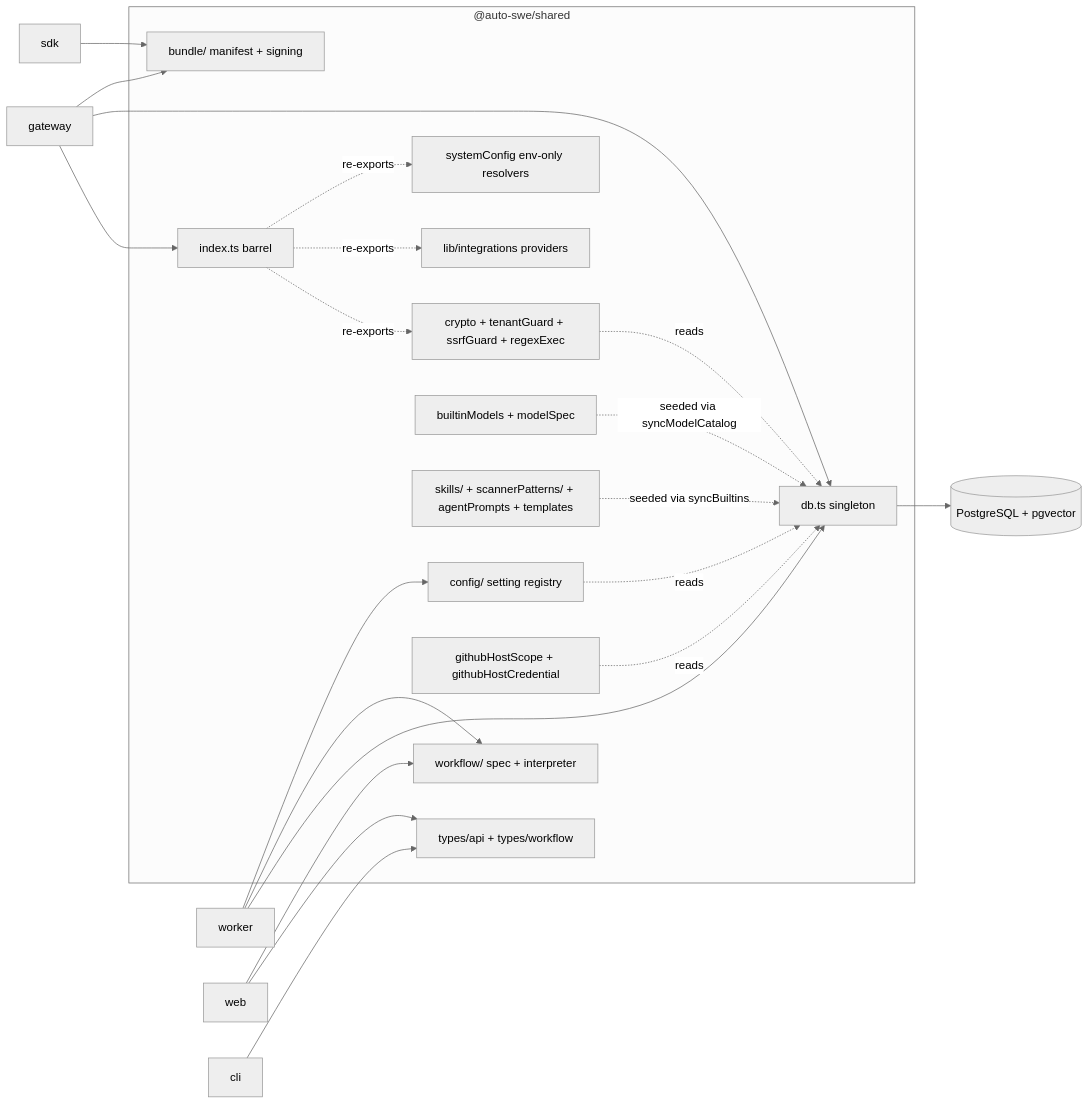
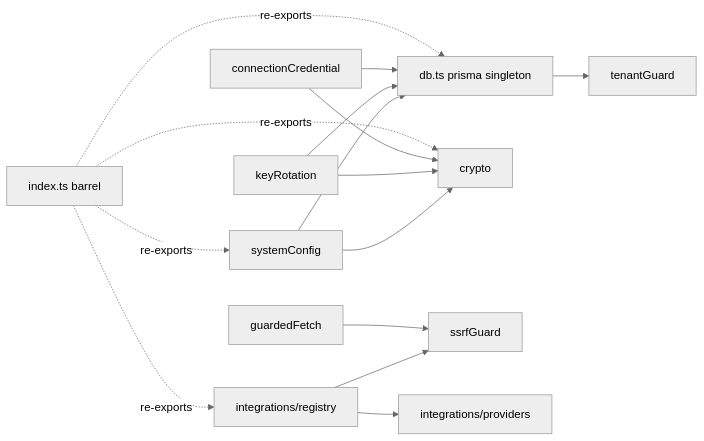
Before and after one commit to yorch/auto-swe: the diagram in wiki/2-shared-library.md, drawn with Mermaid (neutral theme). The commit also changed other lines of this file and 30 other files, not shown here.

````diff
--- a/wiki/2-shared-library.md
+++ b/wiki/2-shared-library.md
@@ -40,40 +35,17 @@
 ```mermaid
 flowchart LR
-    subgraph Shared["@auto-swe/shared"]
-        Barrel[index.ts barrel]
-        DB[db.ts singleton]
-        Types[types/api + types/workflow]
-        Wf[workflow/ spec + interpreter]
-        Cfg[config/ setting registry]
-        Env[systemConfig env-only resolvers]
-        Models[builtinModels + modelSpec]
-        Seed[skills/ + scannerPatterns/ + agentPrompts + templates]
-        Sec[crypto + tenantGuard + ssrfGuard + regexExec]
-        Gh[githubHostScope + githubHostCredential]
-        Int[lib/integrations providers]
-        Bun[bundle/ manifest + signing]
-    end
-
-    Prisma[(PostgreSQL + pgvector)]
-
-    DB --> Prisma
-    Cfg -.reads.-> DB
-    Sec -.reads.-> DB
-    Gh -.reads.-> DB
-    Seed -.seeded via syncBuiltins.-> DB
-    Models -.seeded via syncModelCatalog.-> DB
-    Barrel -.re-exports.-> Sec
-    Barrel -.re-exports.-> Int
-    Barrel -.re-exports.-> Env
-
-    Gateway[gateway] --> Barrel
-    Gateway --> DB
-    Gateway --> Bun
-    Worker[worker] --> DB
-    Worker --> Wf
-    Worker --> Cfg
-    Web[web] --> Types
-    Web --> Wf
-    CLI[cli] --> Types
-    SDK[sdk] --> Bun
+    db[db.ts prisma singleton] --> tenantGuard
+    systemConfig --> db
+    systemConfig --> crypto
+    keyRotation --> crypto
+    keyRotation --> db
+    registry[integrations/registry] --> ssrfGuard
+    registry --> providers[integrations/providers]
+    guardedFetch --> ssrfGuard
+    connectionCredential --> crypto
+    connectionCredential --> db
+    index[index.ts barrel] -.re-exports.-> systemConfig
+    index -.re-exports.-> crypto
+    index -.re-exports.-> registry
+    index -.re-exports.-> db
 ```
````
